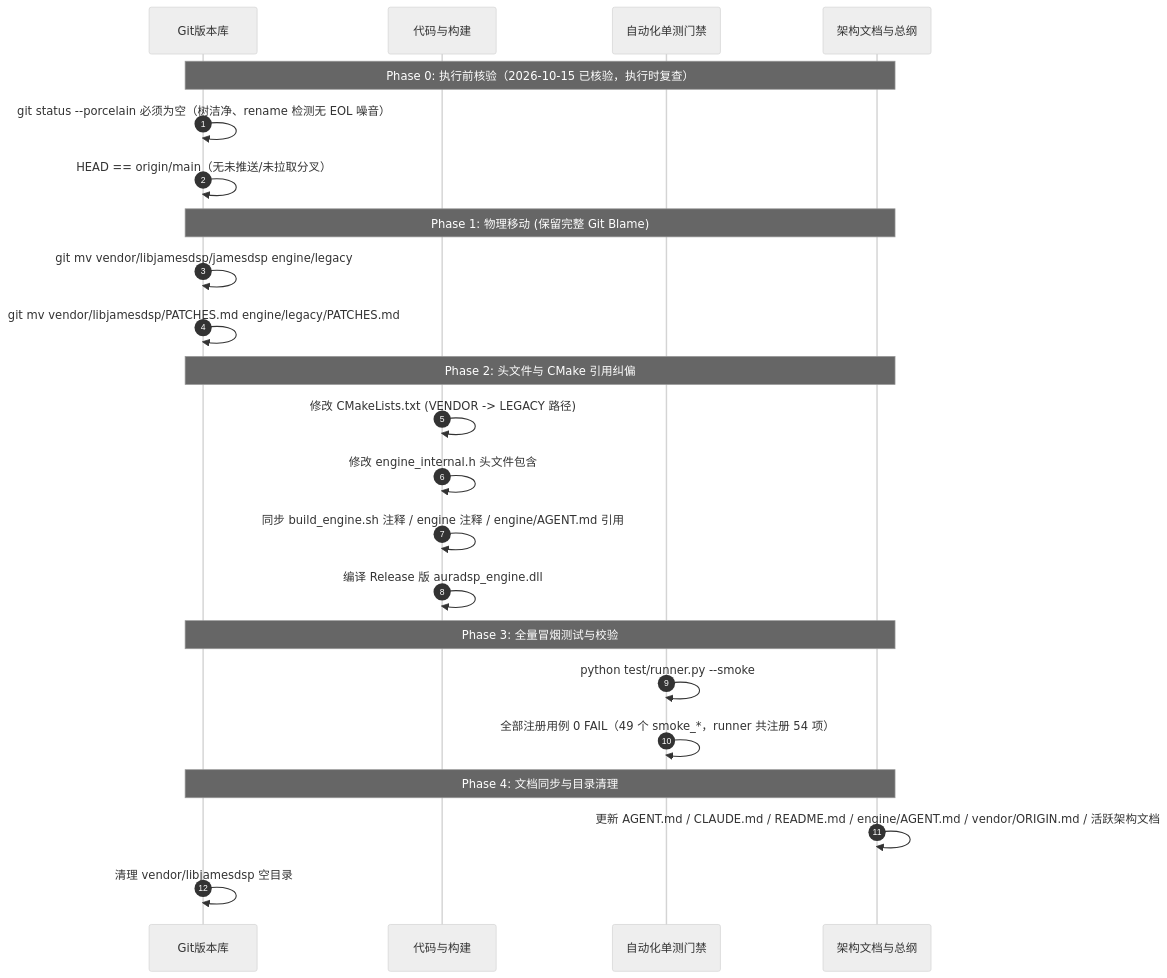
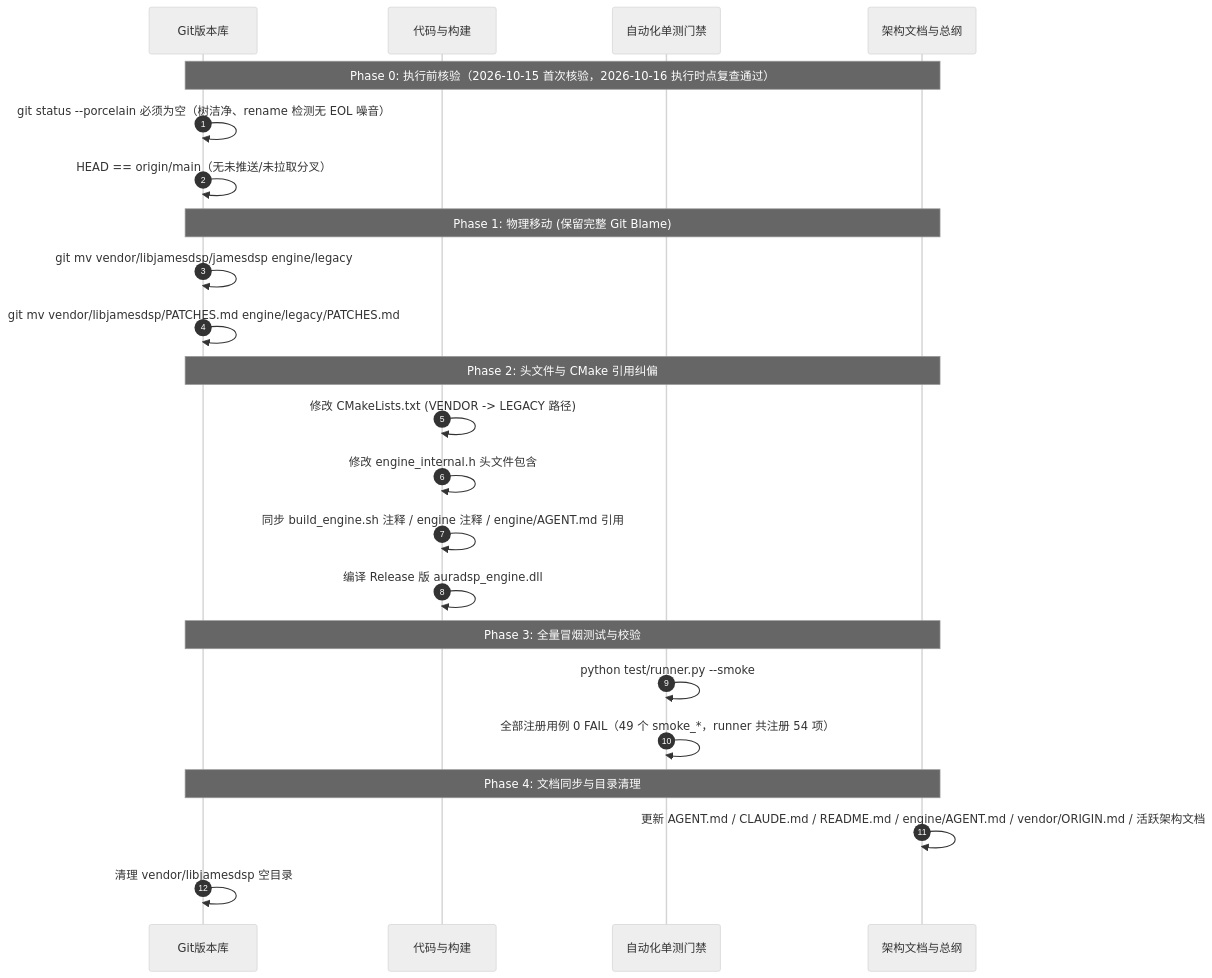
Before and after one commit to li589/AuraDSP: the diagram in docs/20-执行/JamesDSP迁移至engine-legacy重组与融合实施方案-2026-10-15.md, drawn with Mermaid (neutral theme). The commit also changed other lines of this file, not shown here.

````diff
--- a/docs/20-执行/JamesDSP迁移至engine-legacy重组与融合实施方案-2026-10-15.md
+++ b/docs/20-执行/JamesDSP迁移至engine-legacy重组与融合实施方案-2026-10-15.md
@@ -171,30 +175,30 @@
 ```mermaid
 sequenceDiagram
     autonumber
     participant Git as Git版本库
     participant Code as 代码与构建
     participant Test as 自动化单测门禁
     participant Doc as 架构文档与总纲
 
-    Note over Git,Doc: Phase 0: 执行前核验（2026-10-15 已核验，执行时复查）
+    Note over Git,Doc: Phase 0: 执行前核验（2026-10-15 首次核验，2026-10-16 执行时点复查通过）
     Git->>Git: git status --porcelain 必须为空（树洁净、rename 检测无 EOL 噪音）
     Git->>Git: HEAD == origin/main（无未推送/未拉取分叉）
 
     Note over Git,Doc: Phase 1: 物理移动 (保留完整 Git Blame)
     Git->>Git: git mv vendor/libjamesdsp/jamesdsp engine/legacy
     Git->>Git: git mv vendor/libjamesdsp/PATCHES.md engine/legacy/PATCHES.md
 
     Note over Git,Doc: Phase 2: 头文件与 CMake 引用纠偏
     Code->>Code: 修改 CMakeLists.txt (VENDOR -> LEGACY 路径)
     Code->>Code: 修改 engine_internal.h 头文件包含
     Code->>Code: 同步 build_engine.sh 注释 / engine 注释 / engine/AGENT.md 引用
     Code->>Code: 编译 Release 版 auradsp_engine.dll
 
     Note over Git,Doc: Phase 3: 全量冒烟测试与校验
     Test->>Test: python test/runner.py --smoke
     Test->>Test: 全部注册用例 0 FAIL（49 个 smoke_*，runner 共注册 54 项）
 
     Note over Git,Doc: Phase 4: 文档同步与目录清理
     Doc->>Doc: 更新 AGENT.md / CLAUDE.md / README.md / engine/AGENT.md / vendor/ORIGIN.md / 活跃架构文档
     Git->>Git: 清理 vendor/libjamesdsp 空目录
 ```
````
